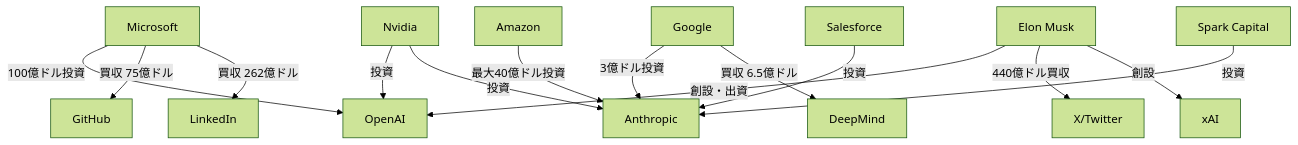
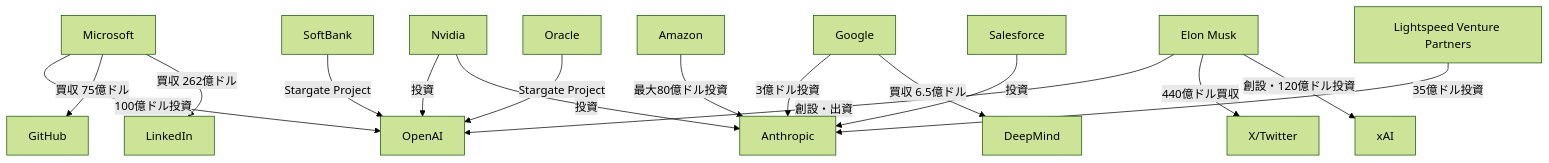
One commit to Slavoj-Zizek/GenAI-Strategic-Landscape changed the diagram in Corporate-Relations.md. Above: the diagram before and after it, drawn with Mermaid (forest theme). The commit also changed other lines of this file and 1 other file, not shown here.

````diff
--- a/Corporate-Relations.md
+++ b/Corporate-Relations.md
@@ -11,18 +11,21 @@
 ```mermaid
 graph TD
     A[Microsoft] -->|100億ドル投資| B[OpenAI]
     C[Google] -->|3億ドル投資| D[Anthropic]
-    E[Amazon] -->|最大40億ドル投資| D[Anthropic]
+    E[Amazon] -->|最大80億ドル投資| D[Anthropic]
     F[Nvidia] -->|投資| B[OpenAI]
     F -->|投資| D[Anthropic]
     G[Salesforce] -->|投資| D[Anthropic]
-    H[Spark Capital] -->|投資| D[Anthropic]
+    H[Lightspeed Venture Partners] -->|35億ドル投資| D[Anthropic]
     
     A -->|買収 75億ドル| I[GitHub]
     A -->|買収 262億ドル| J[LinkedIn]
     C -->|買収 6.5億ドル| K[DeepMind]
     
     L[Elon Musk] -->|創設・出資| B[OpenAI]
     L -->|440億ドル買収| M[X/Twitter]
-    L -->|創設| N[xAI]
+    L -->|創設・120億ドル投資| N[xAI]
+    
+    O[SoftBank] -->|Stargate Project| B[OpenAI]
+    P[Oracle] -->|Stargate Project| B[OpenAI]
 ```
````
